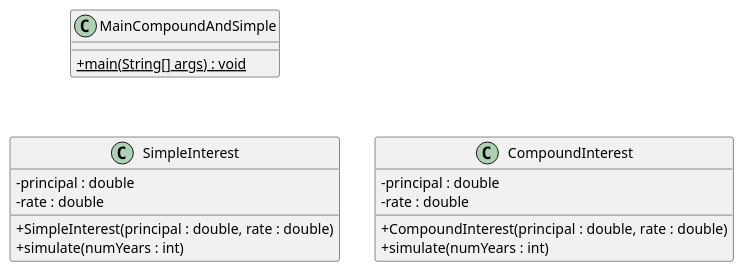
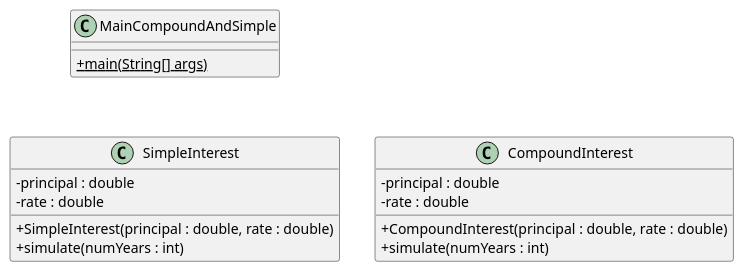
One commit to nilcamprubi/example_interest changed the diagram in src/compound_and_simple1.puml. Above: the diagram before and after it, drawn with PlantUML. The commit also changed 22 other files, not shown here.

```diff
--- a/src/compound_and_simple1.puml
+++ b/src/compound_and_simple1.puml
@@ -1,26 +1,26 @@
 @startuml
 skinparam classAttributeIconSize 0
 ' to use standard notation for public, protected, private
 
 class MainCompoundAndSimple {
-+ {static} main(String[] args) : void
++ {static} main(String[] args)
 }
 
 class CompoundInterest {
 - principal : double
 - rate : double
 + CompoundInterest(principal : double, rate : double)
 + simulate(numYears : int)
 }
 
 class SimpleInterest {
 - principal : double
 - rate : double
 + SimpleInterest(principal : double, rate : double)
 + simulate(numYears : int)
 }
 
 ' position classes
 MainCompoundAndSimple -[hidden]down-> SimpleInterest
 SimpleInterest -[hidden]right-> CompoundInterest
 @enduml
```
